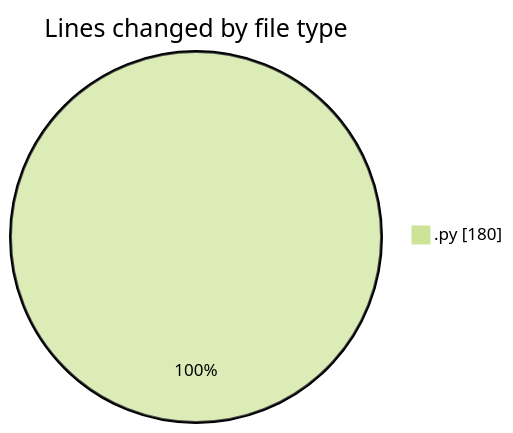
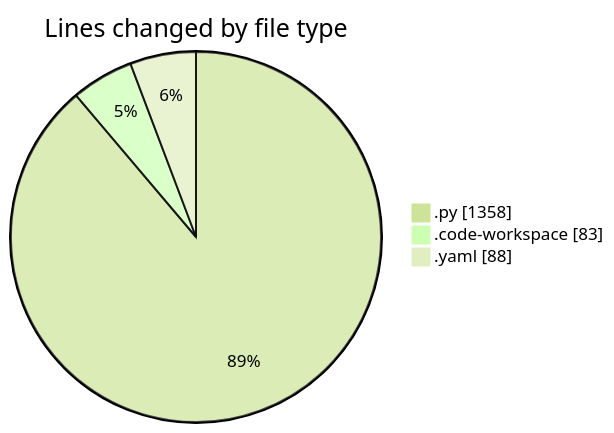
The first of 2 diagrams in 2025-05-15/myws__workspace_/README.md (MatusMokan/code-tracking), drawn with Mermaid (forest theme) before and after one commit. The commit also changed other lines of this file and 1 other file, not shown here.

````diff
--- a/2025-05-15/myws__workspace_/README.md
+++ b/2025-05-15/myws__workspace_/README.md
@@ -21,5 +26,7 @@
 ```mermaid
 pie showData
 title Lines changed by file type
-".py" : 180
+".py" : 1358
+".code-workspace" : 83
+".yaml" : 88
 ```
````
